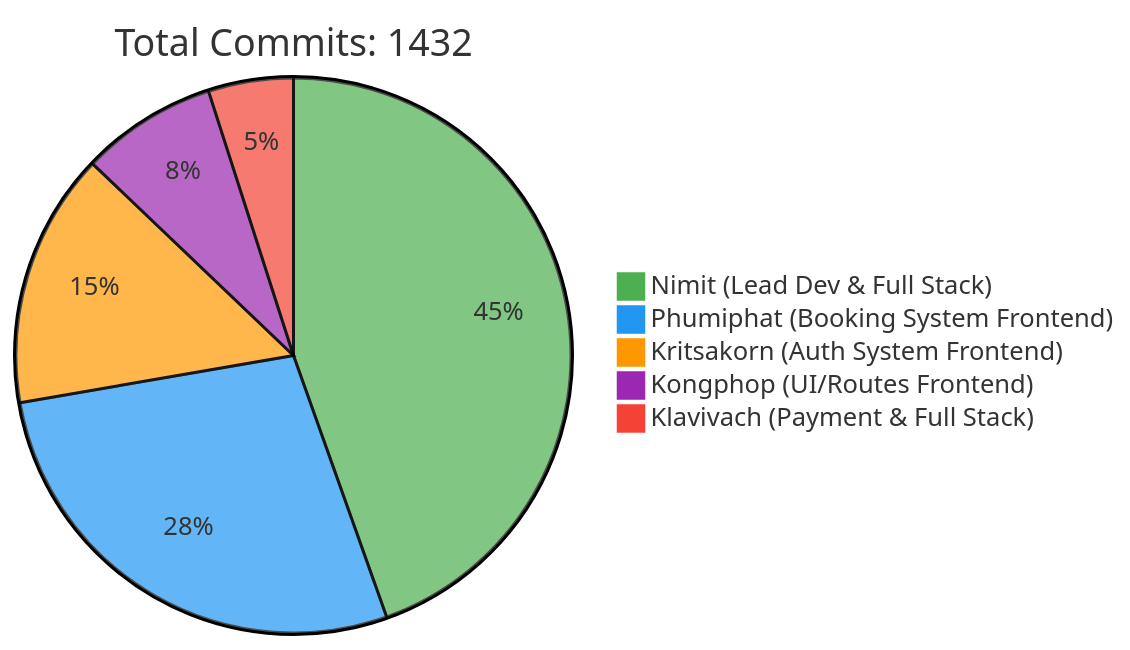
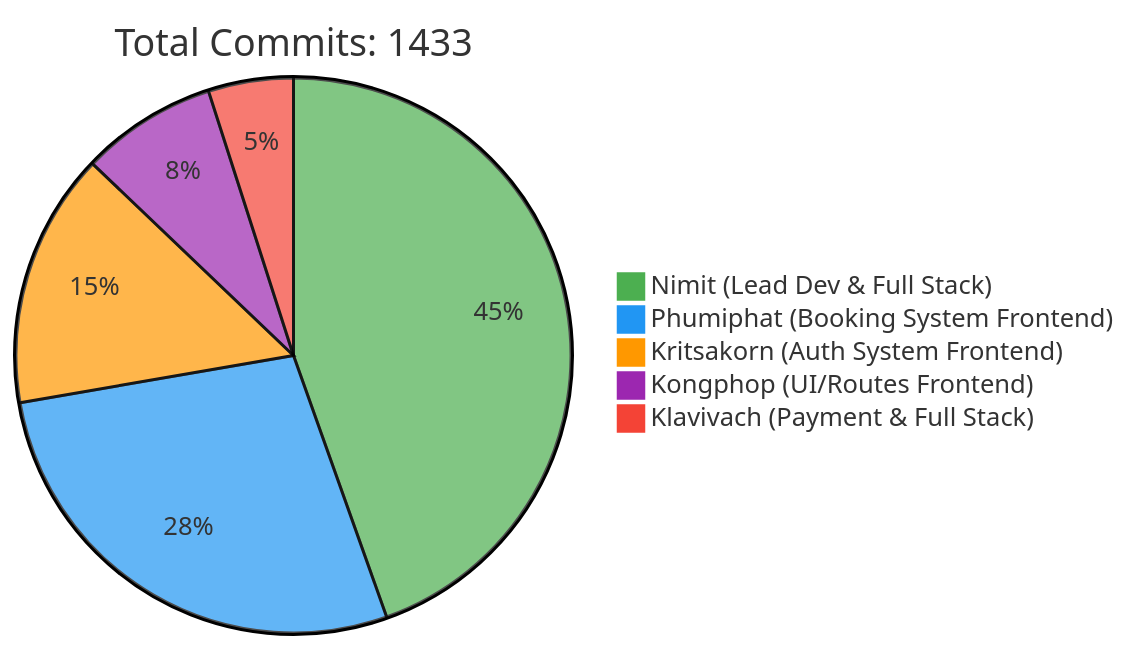
One commit to 6531503042/Sport-Complex changed the first of 2 diagrams in README.md. Above: the diagram before and after it, drawn with Mermaid. The commit also changed other lines of this file, not shown here.

Commit message:
docs: Update contributor statistics [skip ci]

````diff
--- a/README.md
+++ b/README.md
@@ -257,10 +257,10 @@
 ```mermaid
 %%{init: {'theme': 'base', 'themeVariables': { 'pie1': '#4CAF50', 'pie2': '#2196F3', 'pie3': '#FF9800', 'pie4': '#9C27B0', 'pie5': '#F44336'}}}%%
 pie
-    title Total Commits: 1432
+    title Total Commits: 1433
     "Nimit (Lead Dev & Full Stack)" : 450
     "Phumiphat (Booking System Frontend)" : 280
     "Kritsakorn (Auth System Frontend)" : 150
     "Kongphop (UI/Routes Frontend)" : 80
     "Klavivach (Payment & Full Stack)" : 50
 ```
````
